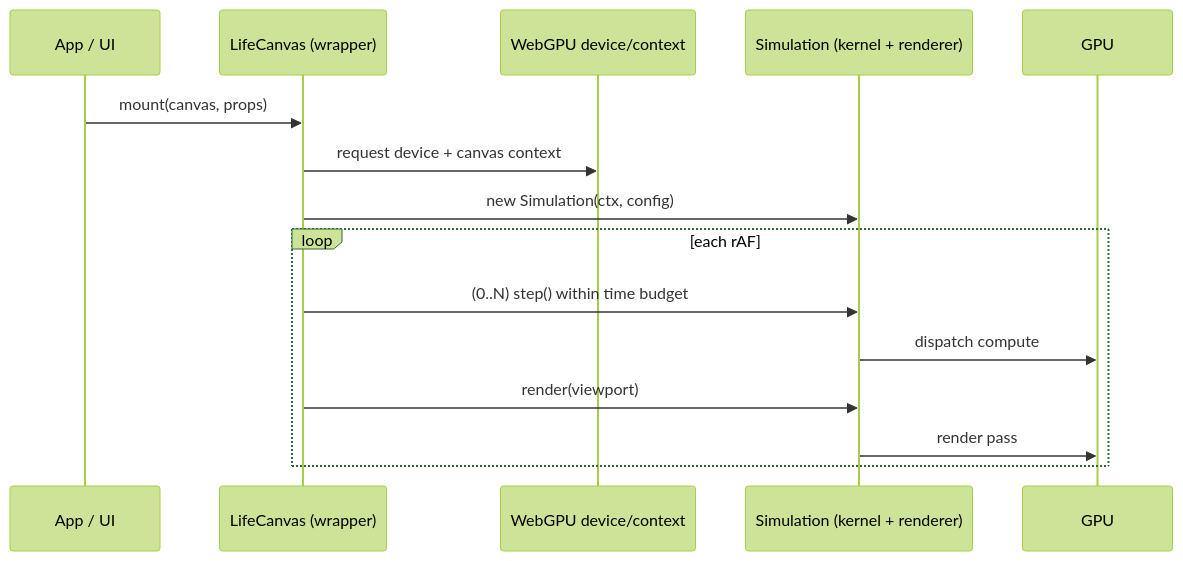
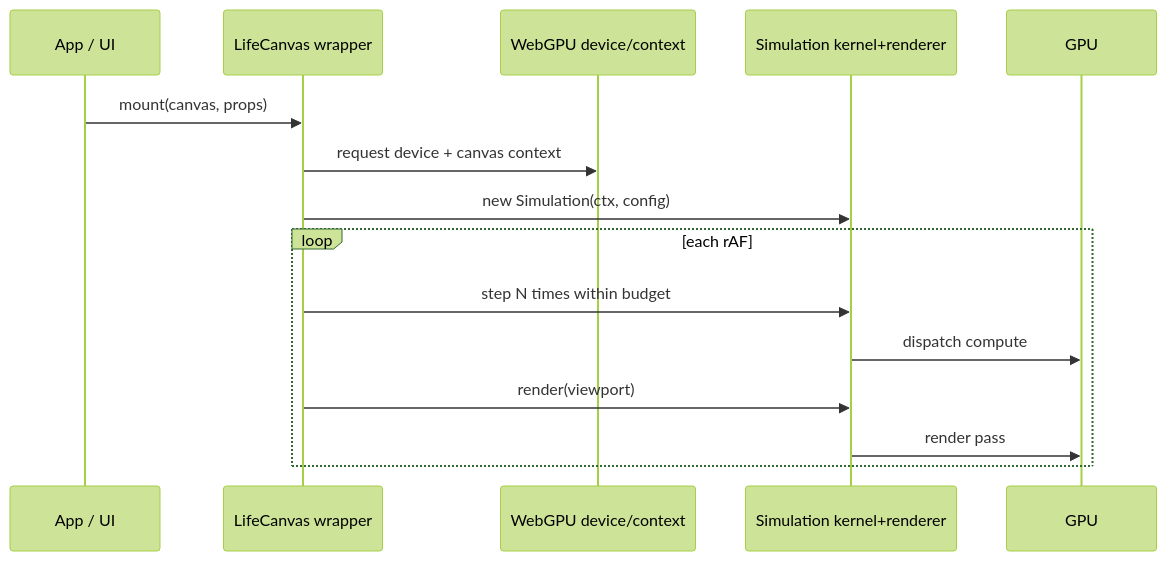
The second of 2 diagrams in README.md (Mahdi-s/games-of-life), drawn with Mermaid (forest theme) before and after one commit. The commit also changed other lines of this file, not shown here.

Commit message:
docs: fix GitHub Mermaid rendering

````diff
--- a/README.md
+++ b/README.md
@@ -60,18 +60,18 @@
 ```mermaid
 sequenceDiagram
   participant UI as App / UI
-  participant LC as LifeCanvas (wrapper)
+  participant LC as LifeCanvas wrapper
   participant WGPU as WebGPU device/context
-  participant SIM as Simulation (kernel + renderer)
+  participant SIM as Simulation kernel+renderer
   participant GPU as GPU
 
   UI->>LC: mount(canvas, props)
   LC->>WGPU: request device + canvas context
   LC->>SIM: new Simulation(ctx, config)
   loop each rAF
-    LC->>SIM: (0..N) step() within time budget
+    LC->>SIM: step N times within budget
     SIM->>GPU: dispatch compute
     LC->>SIM: render(viewport)
     SIM->>GPU: render pass
   end
 ```
````
